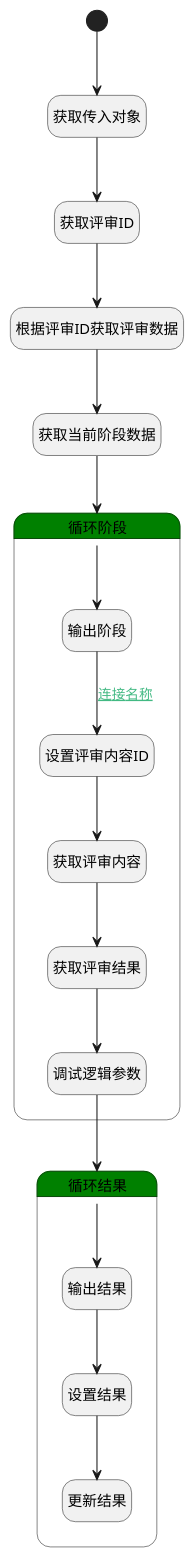
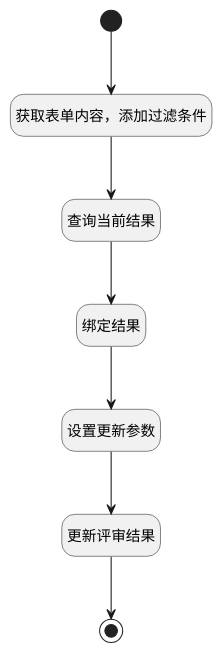
The diagram in doc/docsify/module/TestMgmt/review_content/logic/set_review_result_all.md (iBizLab/plm), drawn with PlantUML before and after one commit. The commit also changed other lines of this file and 2688 other files, not shown here.

````diff
--- a/doc/docsify/module/TestMgmt/review_content/logic/set_review_result_all.md
+++ b/doc/docsify/module/TestMgmt/review_content/logic/set_review_result_all.md
@@ -7,47 +7,29 @@
 ```plantuml
 @startuml
 hide empty description
 <style>
 root {
   HyperlinkColor #42b983
 }
 </style>
 
 hide empty description
 state "开始" as Begin <<start>> [[$./set_review_result_all#begin {"开始"}]]
-state "根据评审ID获取评审数据" as DEACTION3  [[$./set_review_result_all#deaction3 {"根据评审ID获取评审数据"}]]
-state "获取传入对象" as DEBUGPARAM1  [[$./set_review_result_all#debugparam1 {"获取传入对象"}]]
-state "获取当前阶段数据" as PREPAREPARAM4  [[$./set_review_result_all#prepareparam4 {"获取当前阶段数据"}]]
-state "获取评审ID" as PREPAREPARAM5  [[$./set_review_result_all#prepareparam5 {"获取评审ID"}]]
-state "循环阶段" as LOOPSUBCALL2  [[$./set_review_result_all#loopsubcall2 {"循环阶段"}]] #green {
-state "输出阶段" as DEBUGPARAM3  [[$./set_review_result_all#debugparam3 {"输出阶段"}]]
-state "设置评审内容ID" as PREPAREPARAM1  [[$./set_review_result_all#prepareparam1 {"设置评审内容ID"}]]
-state "获取评审内容" as DEACTION1  [[$./set_review_result_all#deaction1 {"获取评审内容"}]]
-state "获取评审结果" as PREPAREPARAM2  [[$./set_review_result_all#prepareparam2 {"获取评审结果"}]]
-state "调试逻辑参数" as DEBUGPARAM4  [[$./set_review_result_all#debugparam4 {"调试逻辑参数"}]]
-}
-state "循环结果" as LOOPSUBCALL1  [[$./set_review_result_all#loopsubcall1 {"循环结果"}]] #green {
-state "输出结果" as DEBUGPARAM2  [[$./set_review_result_all#debugparam2 {"输出结果"}]]
-state "设置结果" as PREPAREPARAM3  [[$./set_review_result_all#prepareparam3 {"设置结果"}]]
-state "更新结果" as DEACTION2  [[$./set_review_result_all#deaction2 {"更新结果"}]]
-}
+state "获取表单内容，添加过滤条件" as PREPAREPARAM1  [[$./set_review_result_all#prepareparam1 {"获取表单内容，添加过滤条件"}]]
+state "查询当前结果" as DEDATASET1  [[$./set_review_result_all#dedataset1 {"查询当前结果"}]]
+state "结束" as END1 <<end>> [[$./set_review_result_all#end1 {"结束"}]]
+state "绑定结果" as BINDPARAM1  [[$./set_review_result_all#bindparam1 {"绑定结果"}]]
+state "设置更新参数" as PREPAREPARAM2  [[$./set_review_result_all#prepareparam2 {"设置更新参数"}]]
+state "更新评审结果" as DEACTION1  [[$./set_review_result_all#deaction1 {"更新评审结果"}]]
 
 
-Begin --> DEBUGPARAM1
-DEBUGPARAM1 --> PREPAREPARAM5
-PREPAREPARAM5 --> DEACTION3
-DEACTION3 --> PREPAREPARAM4
-PREPAREPARAM4 --> LOOPSUBCALL2
-LOOPSUBCALL2 --> DEBUGPARAM3
-DEBUGPARAM3 --> PREPAREPARAM1 : [[$./set_review_result_all#debugparam3-prepareparam1{连接名称} 连接名称]]
-PREPAREPARAM1 --> DEACTION1
-DEACTION1 --> PREPAREPARAM2
-PREPAREPARAM2 --> DEBUGPARAM4
-DEBUGPARAM4 --> LOOPSUBCALL1
-LOOPSUBCALL1 --> DEBUGPARAM2
-DEBUGPARAM2 --> PREPAREPARAM3
-PREPAREPARAM3 --> DEACTION2
+Begin --> PREPAREPARAM1
+PREPAREPARAM1 --> DEDATASET1
+DEDATASET1 --> BINDPARAM1
+BINDPARAM1 --> PREPAREPARAM2
+PREPAREPARAM2 --> DEACTION1
+DEACTION1 --> END1
 
 
 @enduml
 ```
````
